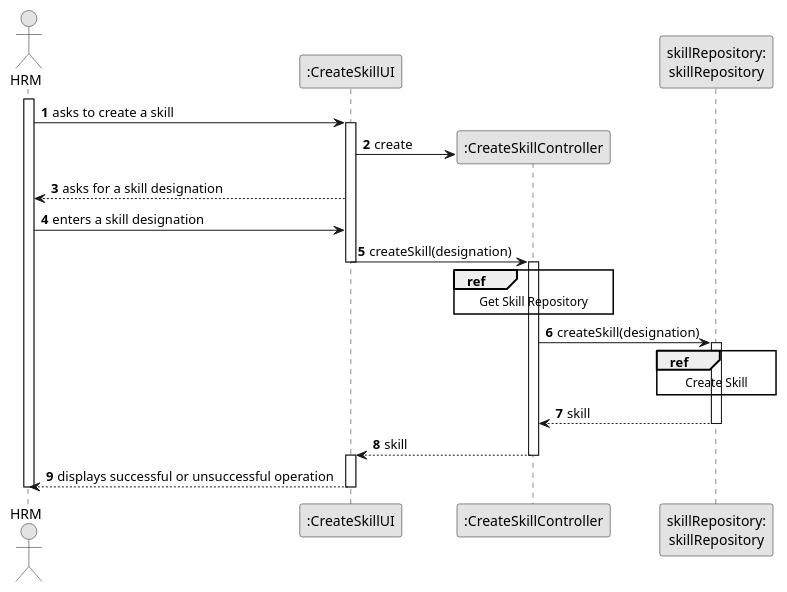
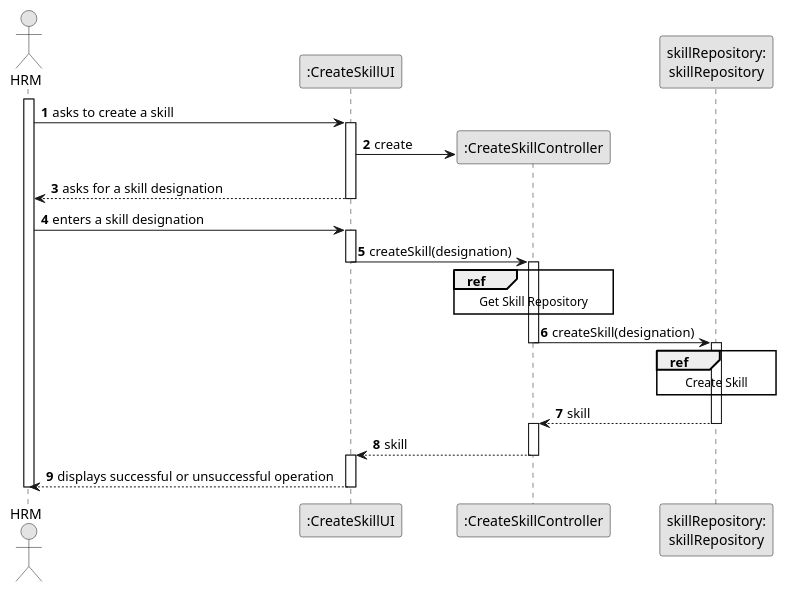
One commit to ricardomm7/leaflink changed the diagram in docs/sprintB/us001/03.design/puml/us001-sequence-diagram-split.puml. Above: the diagram before and after it, drawn with PlantUML. The commit also changed 12 other files, not shown here.

```diff
--- a/docs/sprintB/us001/03.design/puml/us001-sequence-diagram-split.puml
+++ b/docs/sprintB/us001/03.design/puml/us001-sequence-diagram-split.puml
@@ -1,53 +1,53 @@
 @startuml
 skinparam monochrome true
 skinparam packageStyle rectangle
 skinparam shadowing false
 
 autonumber
 
 actor "HRM" as HRM
 participant ":CreateSkillUI" as UI
 participant ":CreateSkillController" as CTRL
 participant "skillRepository:\nskillRepository" as skillRepository
 
 activate HRM
 
 HRM ->UI : asks to create a skill
 activate UI
 
 UI -> CTRL** : create
 
 UI --> HRM : asks for a skill designation
+deactivate UI
 
 HRM -> UI : enters a skill designation
+activate UI
 
 UI->CTRL : createSkill(designation)
 deactivate UI
 activate CTRL
 
 ref over CTRL
 Get Skill Repository
 end ref
 
 CTRL -> skillRepository : createSkill(designation)
+deactivate CTRL
+activate skillRepository
 
-activate skillRepository
 ref over skillRepository
 Create Skill
 end ref
 
     CTRL <-- skillRepository : skill
     deactivate skillRepository
-
-
+    activate CTRL
 
     CTRL --> UI : skill
     deactivate CTRL
     activate UI
 
-
-
     UI --> HRM : displays successful or unsuccessful operation
     deactivate UI
 deactivate HRM
 @enduml
```
